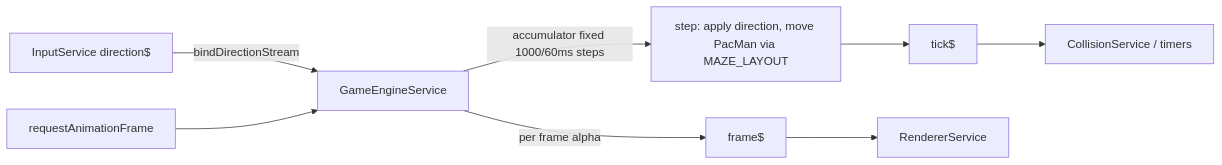
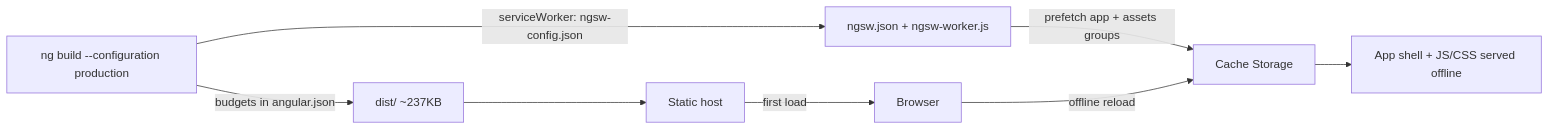
The diagram in docs/agents/principal-frontend-mission.md (ErezSCE/claudeopus5), drawn with Mermaid before and after one commit. The commit also changed other lines of this file and 3 other files, not shown here.

````diff
--- a/docs/agents/principal-frontend-mission.md
+++ b/docs/agents/principal-frontend-mission.md
@@ -35,10 +34,10 @@
 ```mermaid
 flowchart LR
-  Input[InputService direction$] -->|bindDirectionStream| Engine[GameEngineService]
-  RAF[requestAnimationFrame] --> Engine
-  Engine -->|accumulator fixed 1000/60ms steps| Step[step: apply direction, move PacMan via MAZE_LAYOUT]
-  Step --> Tick[tick$]
-  Tick --> Collision[CollisionService / timers]
-  Engine -->|per frame alpha| Frame[frame$]
-  Frame --> Renderer[RendererService]
+  A[ng build --configuration production] -->|budgets in angular.json| B[dist/ ~237KB]
+  A -->|serviceWorker: ngsw-config.json| C[ngsw.json + ngsw-worker.js]
+  B --> D[Static host]
+  D -->|first load| E[Browser]
+  C -->|prefetch app + assets groups| F[Cache Storage]
+  E -->|offline reload| F
+  F --> G[App shell + JS/CSS served offline]
 ```
````
